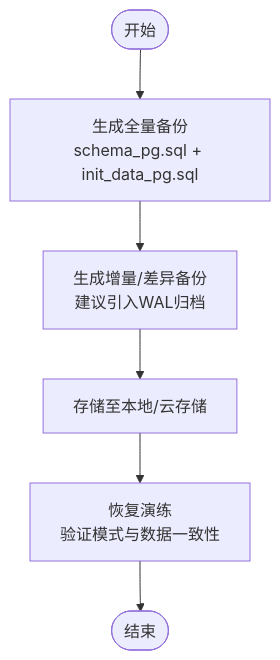
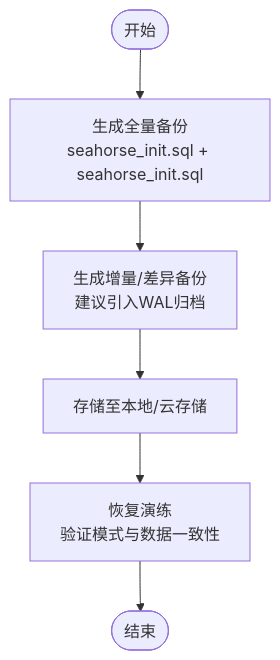
The third of 7 diagrams in docs/zh/content/监控运维/备份恢复.md (onceMisery/seahorse-agent), drawn with Mermaid before and after one commit. The commit also changed other lines of this file and 31 other files, not shown here.

First line of the commit message:
refactor: merge all DDL into seahorse_init.sql, delete redundant scripts

````diff
--- a/docs/zh/content/监控运维/备份恢复.md
+++ b/docs/zh/content/监控运维/备份恢复.md
@@ -152,8 +152,8 @@
 ```mermaid
 flowchart TD
-START(["开始"]) --> FULL["生成全量备份<br/>schema_pg.sql + init_data_pg.sql"]
+START(["开始"]) --> FULL["生成全量备份<br/>seahorse_init.sql + seahorse_init.sql"]
 FULL --> INCR["生成增量/差异备份<br/>建议引入WAL归档"]
 INCR --> STORE["存储至本地/云存储"]
 STORE --> TEST["恢复演练<br/>验证模式与数据一致性"]
 TEST --> END(["结束"])
 ```
````
